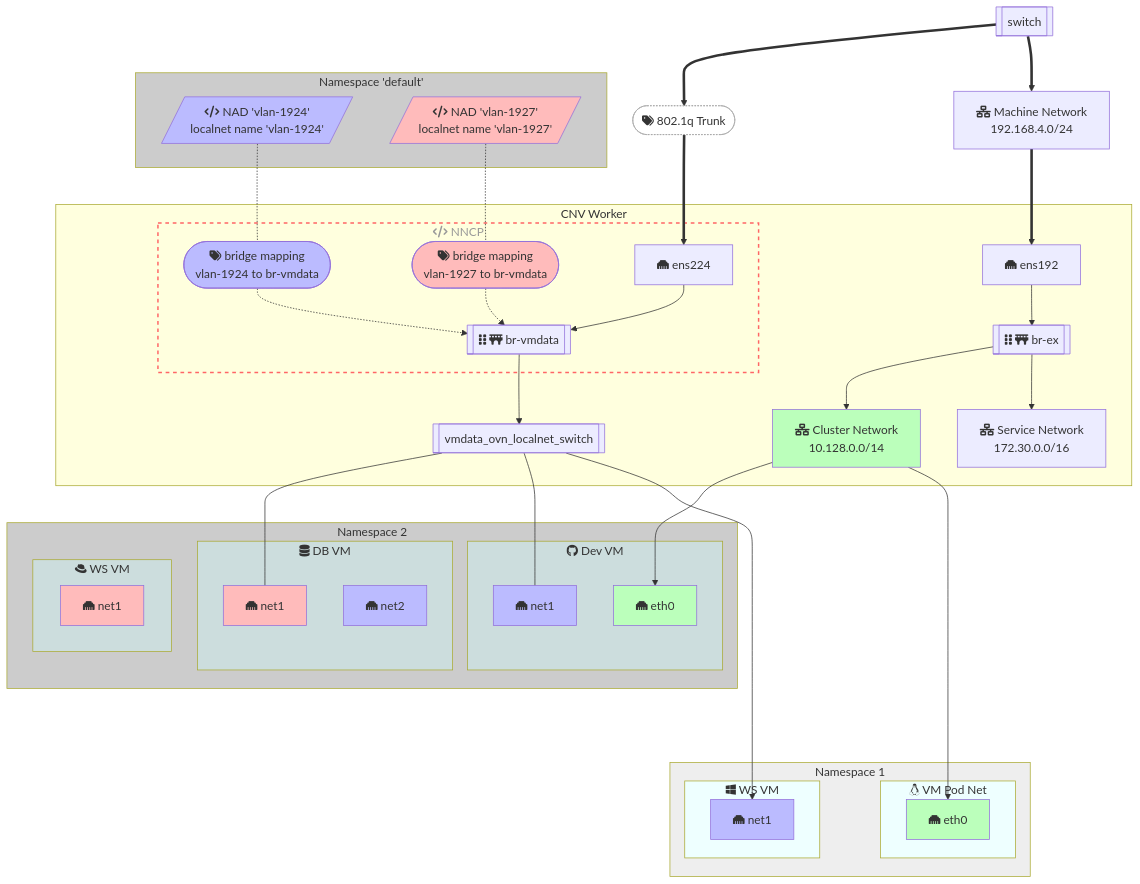
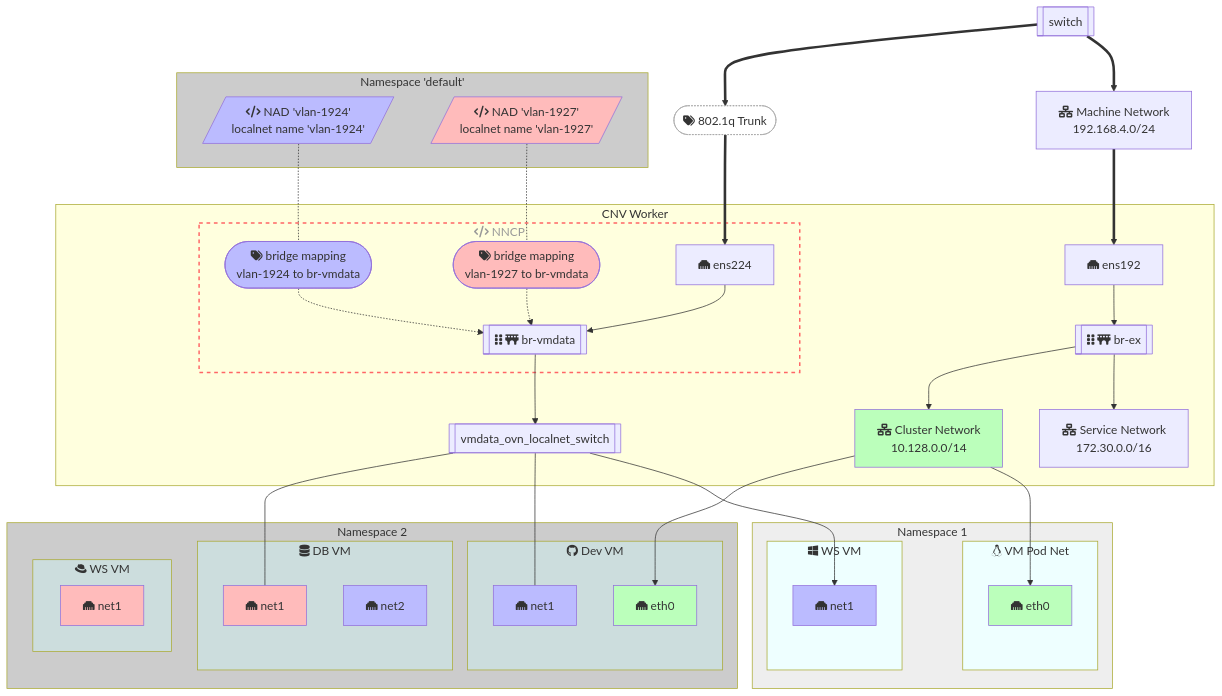
The first of 3 diagrams in networking/diagram.md (dlbewley/demo-virt), drawn with Mermaid before and after one commit.

Commit message:
line length

```diff
--- a/networking/diagram.md
+++ b/networking/diagram.md
@@ -37,7 +37,7 @@
 
     end
 
-    br-vmdata  --> vmdata_ovn_localnet_switch[[vmdata_ovn_localnet_switch]]
+    br-vmdata --> vmdata_ovn_localnet_switch[[vmdata_ovn_localnet_switch]]
 
   end
 
@@ -50,7 +50,7 @@
     subgraph ns1-vm1[fab:fa-linux VM Pod Net]
         nginx-nic["fa:fa-ethernet eth0"]
     end
-    clusternet ----> nginx-nic
+    clusternet --> nginx-nic
 
     subgraph ns1-vm2[fab:fa-windows WS VM]
         ns1-vm2-nic1["fa:fa-ethernet net1"]
```
